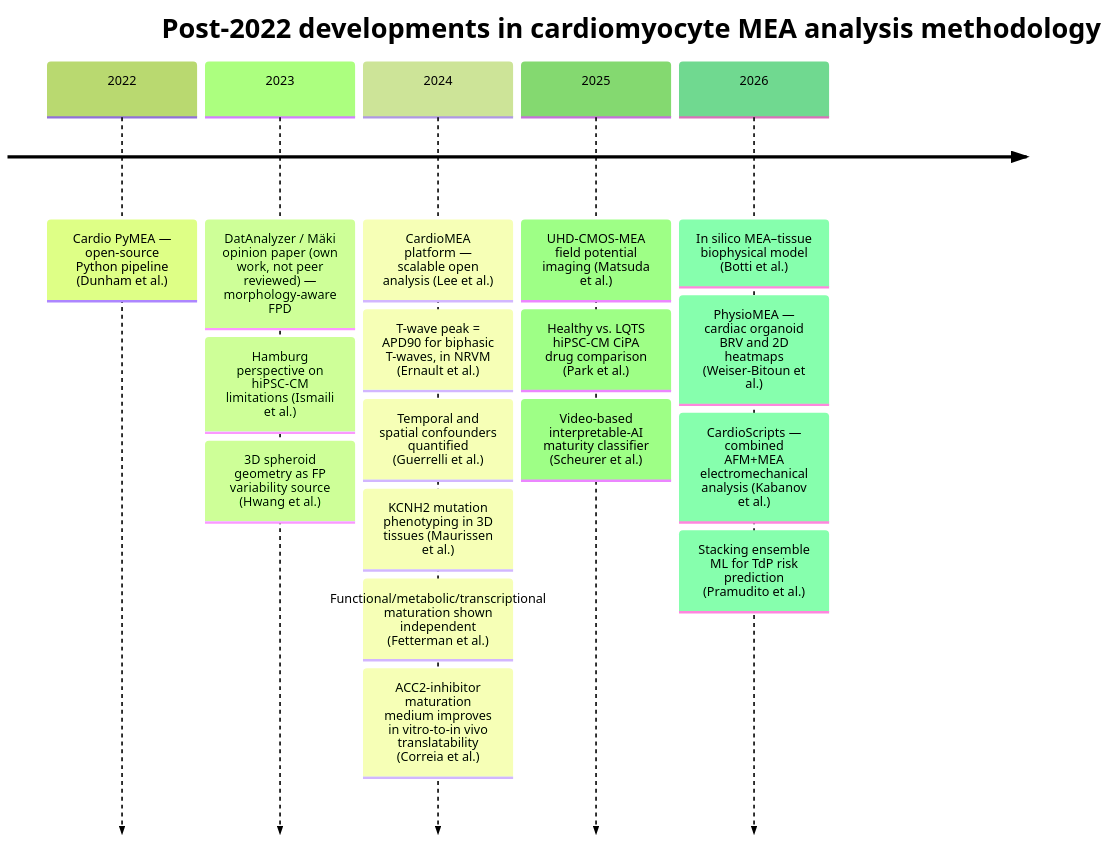
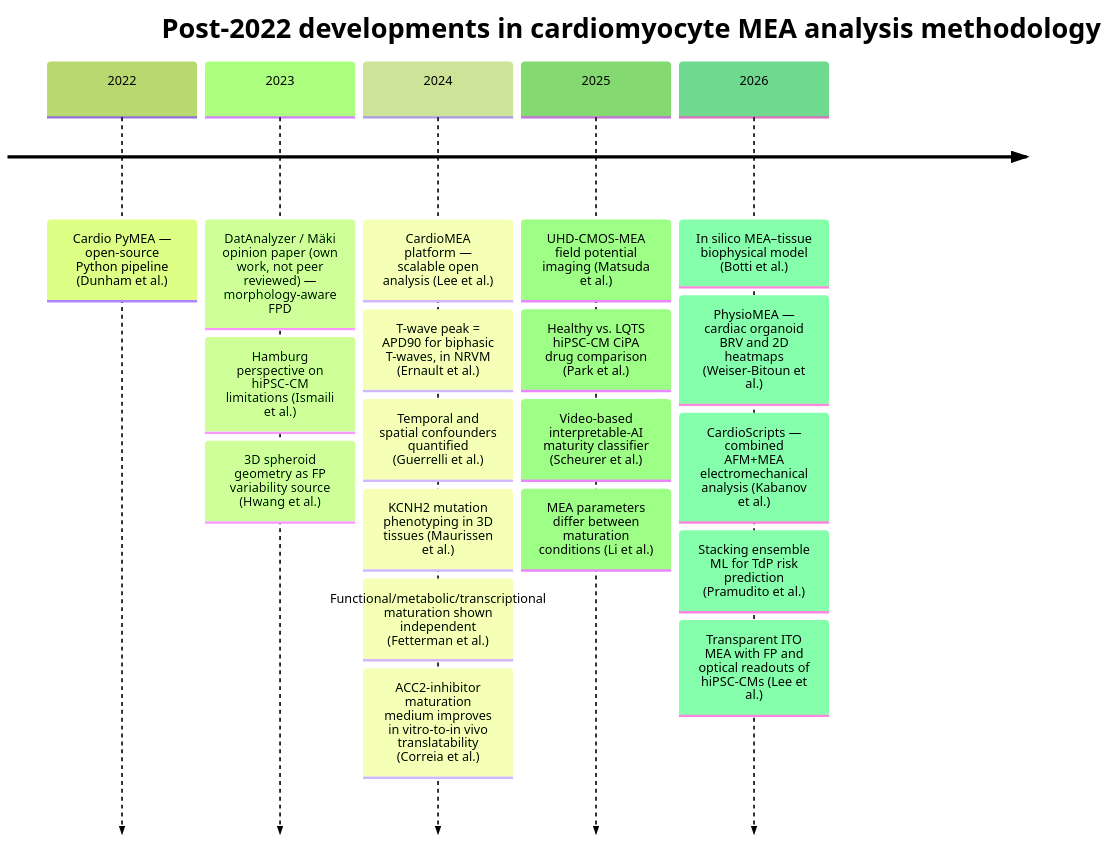
One commit to AnaHill/MEA_review_llm_wiki changed the first of 2 diagrams in main.md. Above: the diagram before and after it, drawn with Mermaid (forest theme). The commit also changed other lines of this file and 6 other files, not shown here.

Commit message:
generalise the colleagues sentence, add Li 2025 and Lee 2026 to the timeline and refresh the source-check todo

````diff
--- a/main.md
+++ b/main.md
@@ -33,21 +33,23 @@
 ```mermaid
 timeline
     title Post-2022 developments in cardiomyocyte MEA analysis methodology
     2022 : Cardio PyMEA — open-source Python pipeline (Dunham et al.)
     2023 : DatAnalyzer / Mäki opinion paper (own work, not peer reviewed) — morphology-aware FPD
          : Hamburg perspective on hiPSC-CM limitations (Ismaili et al.)
          : 3D spheroid geometry as FP variability source (Hwang et al.)
     2024 : CardioMEA platform — scalable open analysis (Lee et al.)
          : T-wave peak = APD90 for biphasic T-waves, in NRVM (Ernault et al.)
          : Temporal and spatial confounders quantified (Guerrelli et al.)
          : KCNH2 mutation phenotyping in 3D tissues (Maurissen et al.)
          : Functional/metabolic/transcriptional maturation shown independent (Fetterman et al.)
          : ACC2-inhibitor maturation medium improves in vitro-to-in vivo translatability (Correia et al.)
     2025 : UHD-CMOS-MEA field potential imaging (Matsuda et al.)
          : Healthy vs. LQTS hiPSC-CM CiPA drug comparison (Park et al.)
          : Video-based interpretable-AI maturity classifier (Scheurer et al.)
+         : MEA parameters differ between maturation conditions (Li et al.)
     2026 : In silico MEA–tissue biophysical model (Botti et al.)
          : PhysioMEA — cardiac organoid BRV and 2D heatmaps (Weiser-Bitoun et al.)
          : CardioScripts — combined AFM+MEA electromechanical analysis (Kabanov et al.)
          : Stacking ensemble ML for TdP risk prediction (Pramudito et al.)
+         : Transparent ITO MEA with FP and optical readouts of hiPSC-CMs (Lee et al.)
 ```
````
